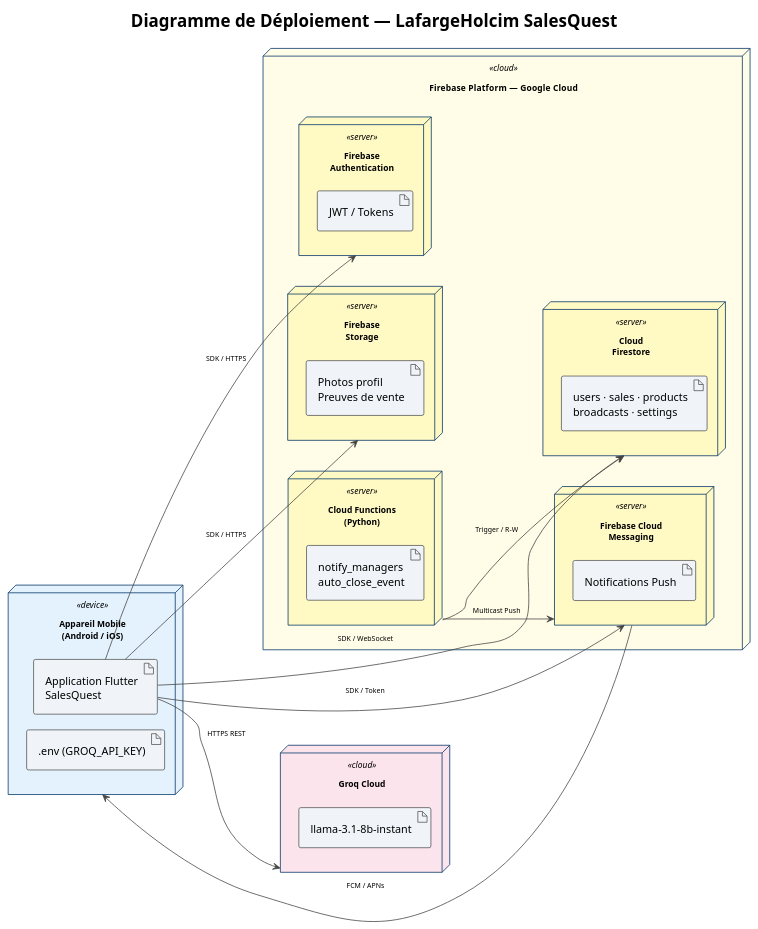
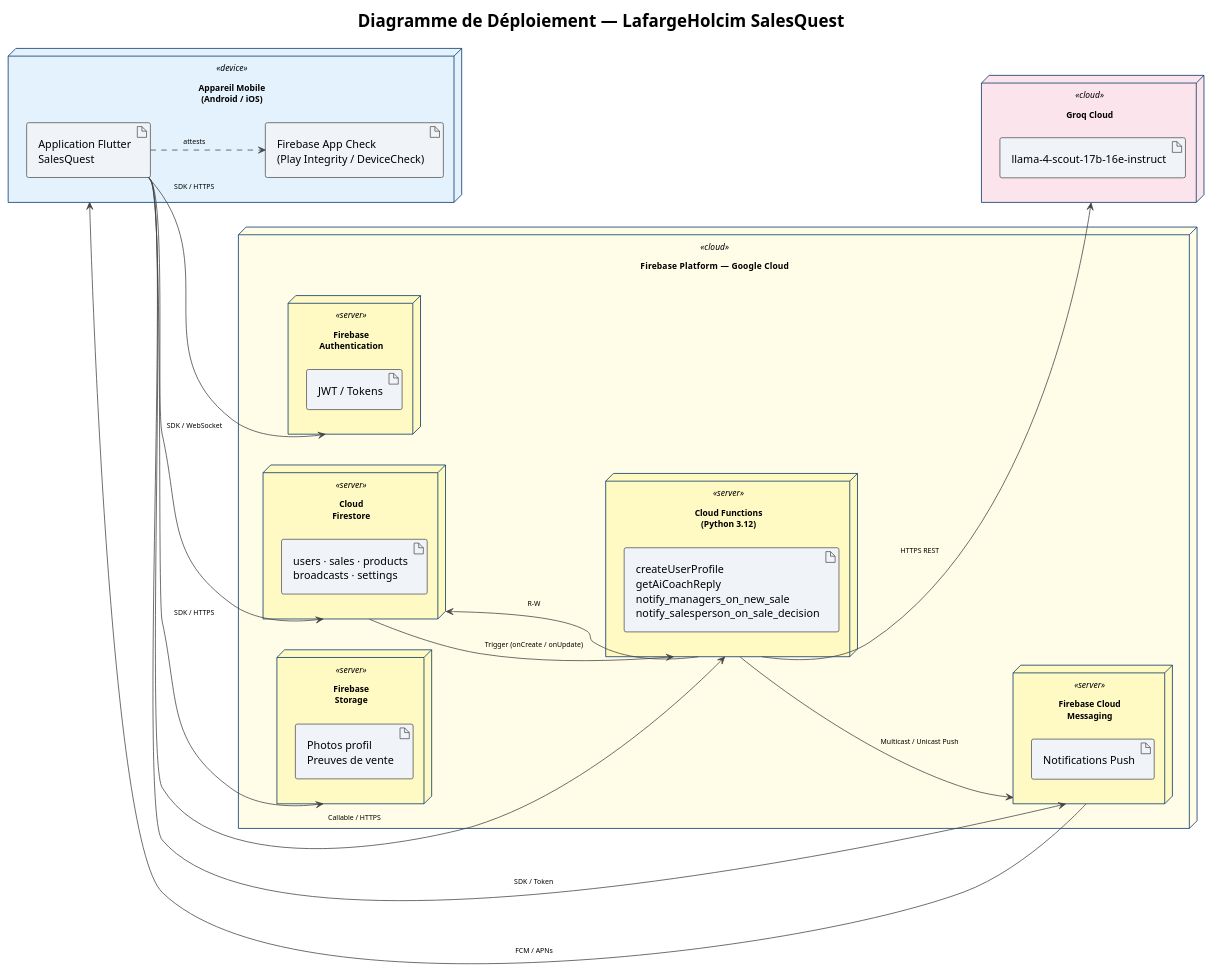
Before and after one commit to sadow2003/LafargeHolcim_sales_game: the diagram in docs/deployment_diagram.puml, drawn with PlantUML. The commit also changed 7 other files, not shown here.

```diff
--- a/docs/deployment_diagram.puml
+++ b/docs/deployment_diagram.puml
@@ -1,72 +1,75 @@
 @startuml Diagramme_Deploiement
 !theme plain
 left to right direction
 
 skinparam nodeFontSize 11
 skinparam nodeBorderColor #003366
 skinparam nodeBackgroundColor #FFFFFF
 skinparam artifactBorderColor #555555
 skinparam artifactBackgroundColor #F0F4F8
 skinparam ArrowColor #444444
 skinparam ArrowFontSize 9
 skinparam padding 5
 skinparam nodesep 20
 skinparam ranksep 30
 
 title Diagramme de Déploiement — LafargeHolcim SalesQuest
 
 ' ══════════════════
 '  APPAREIL MOBILE
 ' ══════════════════
 node "Appareil Mobile\n(Android / iOS)" as MOBILE <<device>> #E3F2FD {
   artifact "Application Flutter\nSalesQuest" as APP
-  artifact ".env (GROQ_API_KEY)"             as ENV
+  artifact "Firebase App Check\n(Play Integrity / DeviceCheck)" as A_APPCHECK
 }
 
 ' ══════════════════
 '  FIREBASE PLATFORM
 ' ══════════════════
 node "Firebase Platform  —  Google Cloud" as FIREBASE <<cloud>> #FFFDE7 {
 
   node "Firebase\nAuthentication" as N_AUTH <<server>> #FFF9C4 {
     artifact "JWT / Tokens" as A_AUTH
   }
 
   node "Cloud\nFirestore" as N_FS <<server>> #FFF9C4 {
     artifact "users · sales · products\nbroadcasts · settings" as A_FS
   }
 
   node "Firebase\nStorage" as N_ST <<server>> #FFF9C4 {
     artifact "Photos profil\nPreuves de vente" as A_ST
   }
 
   node "Firebase Cloud\nMessaging" as N_FCM <<server>> #FFF9C4 {
     artifact "Notifications Push" as A_FCM
   }
 
-  node "Cloud Functions\n(Python)" as N_CF <<server>> #FFF9C4 {
-    artifact "notify_managers\nauto_close_event" as A_CF
+  node "Cloud Functions\n(Python 3.12)" as N_CF <<server>> #FFF9C4 {
+    artifact "createUserProfile\ngetAiCoachReply\nnotify_managers_on_new_sale\nnotify_salesperson_on_sale_decision" as A_CF
   }
 }
 
 ' ══════════════════
 '  GROQ CLOUD
 ' ══════════════════
 node "Groq Cloud" as GROQ <<cloud>> #FCE4EC {
-  artifact "llama-3.1-8b-instant" as A_LLM
+  artifact "llama-4-scout-17b-16e-instruct" as A_LLM
 }
 
 ' ══════════════════
 '  COMMUNICATIONS
 ' ══════════════════
 APP  --> N_AUTH : SDK / HTTPS
 APP  --> N_FS   : SDK / WebSocket
 APP  --> N_ST   : SDK / HTTPS
 APP  --> N_FCM  : SDK / Token
-APP  --> GROQ   : HTTPS REST
+APP  --> N_CF   : Callable / HTTPS
+APP  ..> A_APPCHECK : attests
 
-N_CF --> N_FS   : Trigger / R-W
-N_CF --> N_FCM  : Multicast Push
+N_CF --> N_FS   : R-W
+N_CF --> GROQ   : HTTPS REST
+N_FS --> N_CF   : Trigger (onCreate / onUpdate)
+N_CF --> N_FCM  : Multicast / Unicast Push
 N_FCM --> MOBILE : FCM / APNs
 
 @enduml
```
